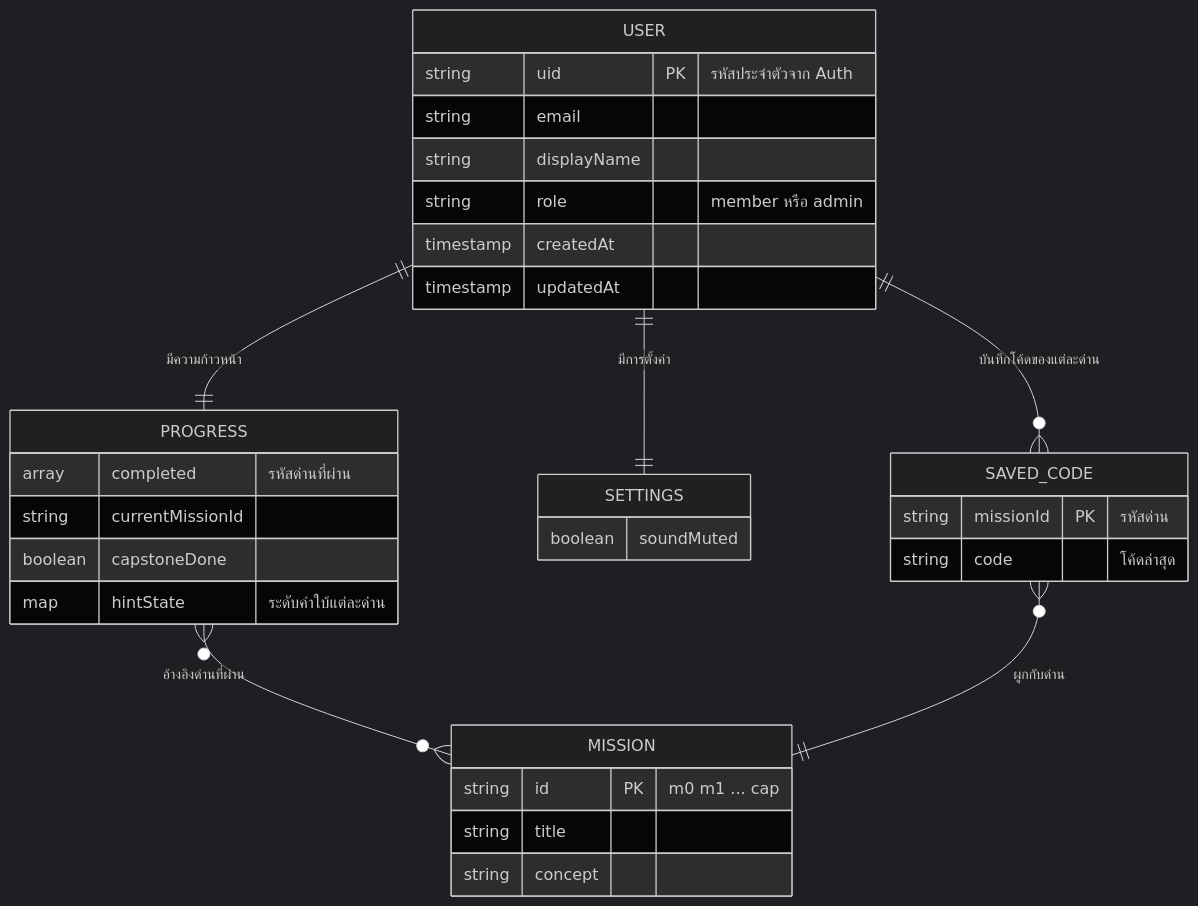
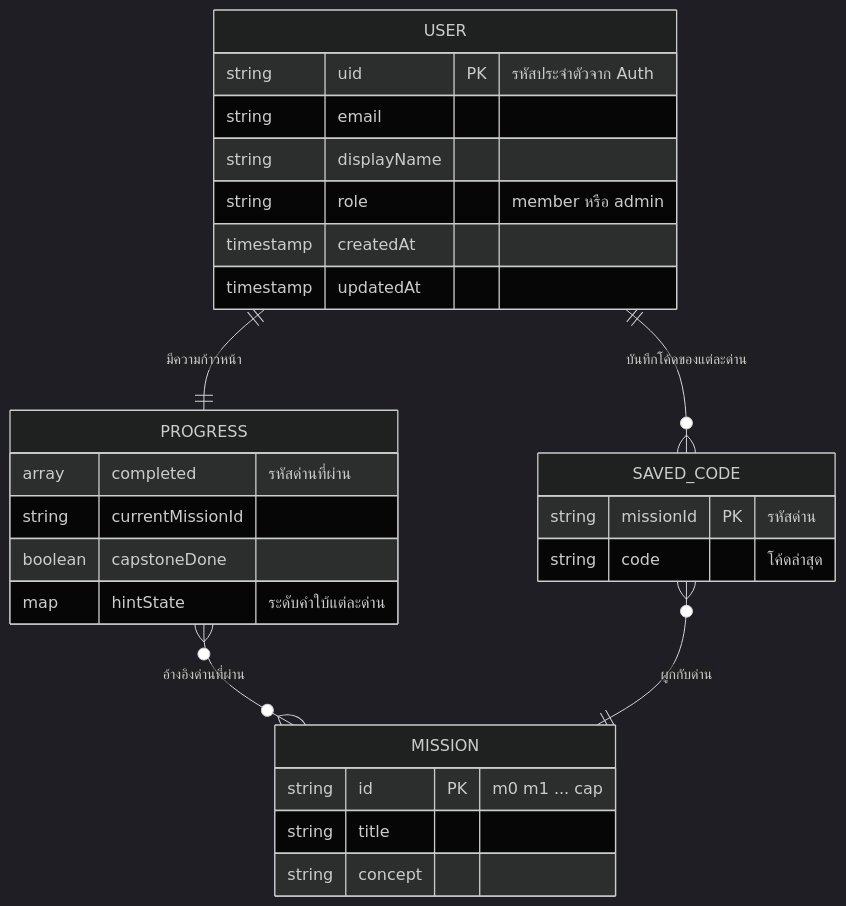
Before and after one commit to onehanddev01-sys/Learning-Platform: the second of 4 diagrams in บทที่2_เอกสารและงานวิจัยที่เกี่ยวข้อง.md, drawn with Mermaid (dark theme). The commit also changed other lines of this file and 6 other files, not shown here.

````diff
--- a/บทที่2_เอกสารและงานวิจัยที่เกี่ยวข้อง.md
+++ b/บทที่2_เอกสารและงานวิจัยที่เกี่ยวข้อง.md
@@ -724,35 +706,31 @@
 ```mermaid
 erDiagram
     USER ||--|| PROGRESS : "มีความก้าวหน้า"
-    USER ||--|| SETTINGS : "มีการตั้งค่า"
     USER ||--o{ SAVED_CODE : "บันทึกโค้ดของแต่ละด่าน"
     PROGRESS }o--o{ MISSION : "อ้างอิงด่านที่ผ่าน"
     SAVED_CODE }o--|| MISSION : "ผูกกับด่าน"
 
     USER {
         string uid PK "รหัสประจำตัวจาก Auth"
         string email
         string displayName
         string role "member หรือ admin"
         timestamp createdAt
         timestamp updatedAt
     }
     PROGRESS {
         array completed "รหัสด่านที่ผ่าน"
         string currentMissionId
         boolean capstoneDone
         map hintState "ระดับคำใบ้แต่ละด่าน"
     }
     SAVED_CODE {
         string missionId PK "รหัสด่าน"
         string code "โค้ดล่าสุด"
     }
-    SETTINGS {
-        boolean soundMuted
-    }
     MISSION {
         string id PK "m0 m1 ... cap"
         string title
         string concept
     }
 ```
````
